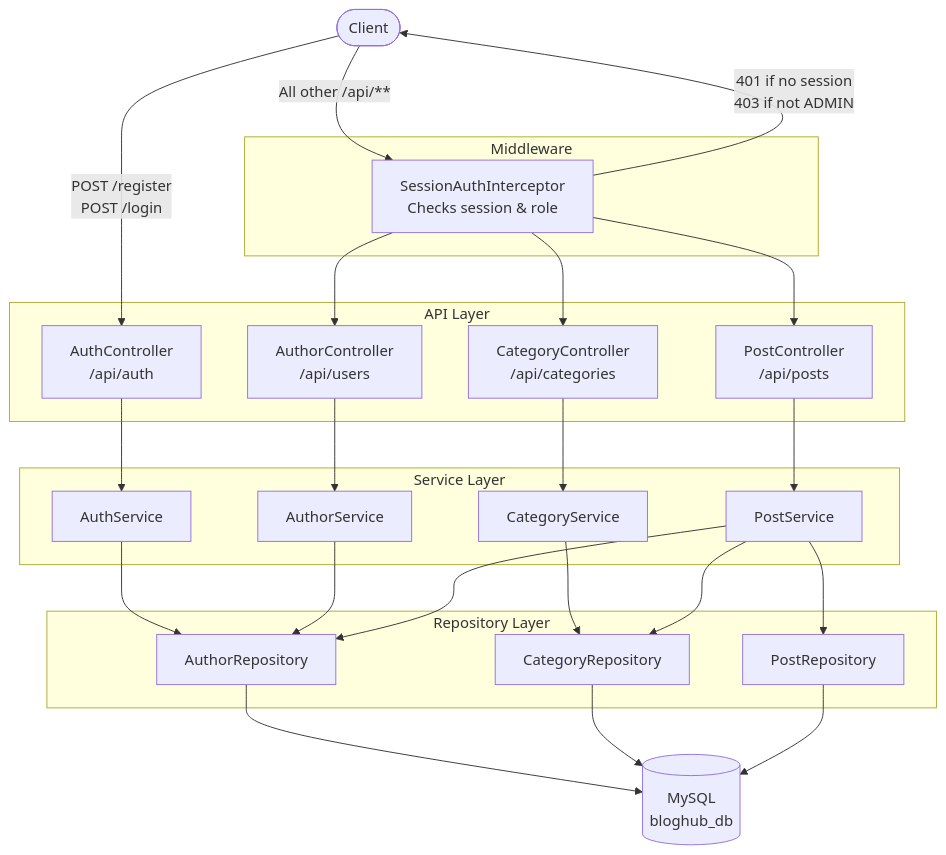
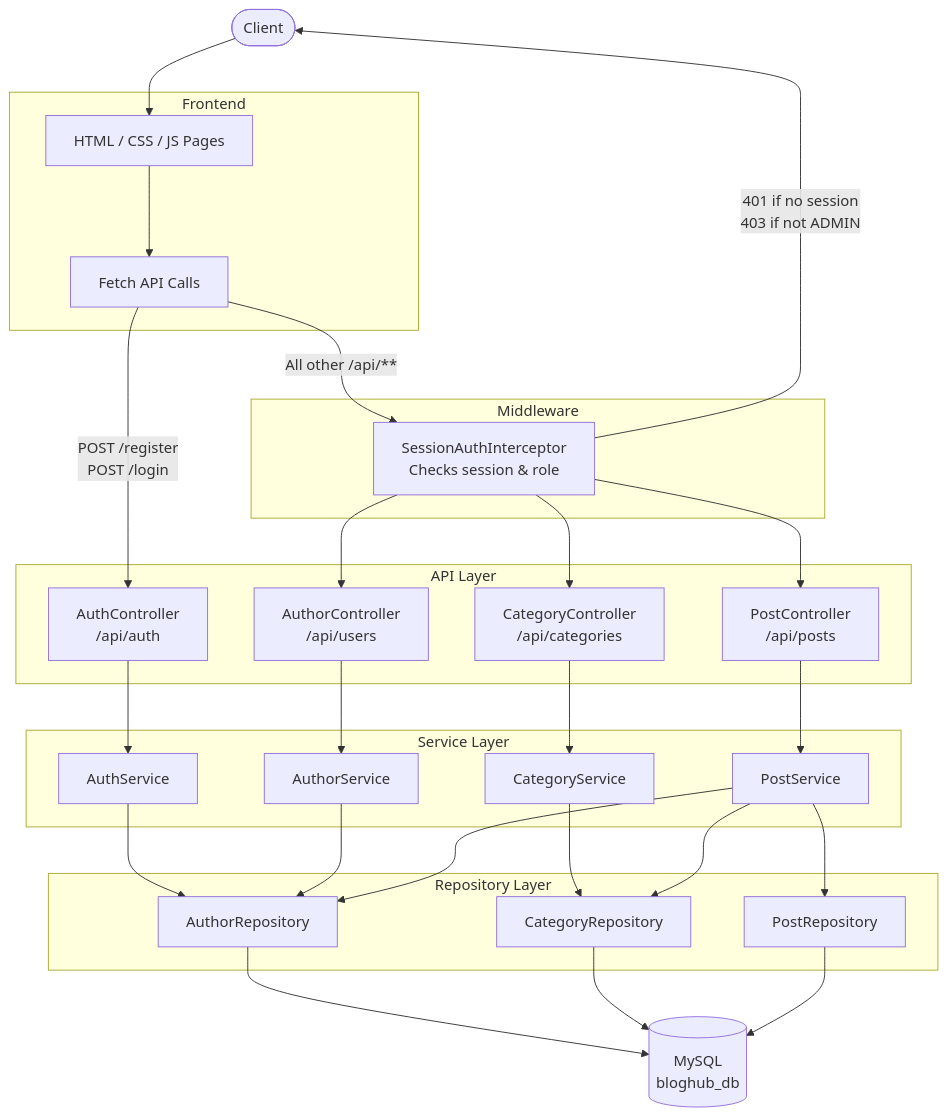
One commit to neeraj2710/BlogHub changed the fourth of 5 diagrams in README.md. Above: the diagram before and after it, drawn with Mermaid. The commit also changed other lines of this file, not shown here.

````diff
--- a/README.md
+++ b/README.md
@@ -132,47 +156,53 @@
 ```mermaid
 flowchart TD
     Client([Client])
+
+    subgraph Frontend
+        FE[HTML / CSS / JS Pages]
+        FA[Fetch API Calls]
+    end
 
     subgraph API Layer
         AC[AuthController\n/api/auth]
         UC[AuthorController\n/api/users]
         CC[CategoryController\n/api/categories]
         PC[PostController\n/api/posts]
     end
 
     subgraph Middleware
         SI[SessionAuthInterceptor\nChecks session & role]
     end
 
     subgraph Service Layer
         AS[AuthService]
         US[AuthorService]
         CS[CategoryService]
         PS[PostService]
     end
 
     subgraph Repository Layer
         AR[AuthorRepository]
         CR[CategoryRepository]
         PR[PostRepository]
     end
 
     DB[(MySQL\nbloghub_db)]
 
-    Client -- "POST /register\nPOST /login" --> AC
-    Client -- "All other /api/**" --> SI
+    Client --> FE --> FA
+    FA -- "POST /register\nPOST /login" --> AC
+    FA -- "All other /api/**" --> SI
     SI -- "401 if no session\n403 if not ADMIN" --> Client
     SI --> UC & CC & PC
 
     AC --> AS
     UC --> US
     CC --> CS
     PC --> PS
 
     AS --> AR
     US --> AR
     CS --> CR
     PS --> PR & AR & CR
 
     AR & CR & PR --> DB
 ```
````
